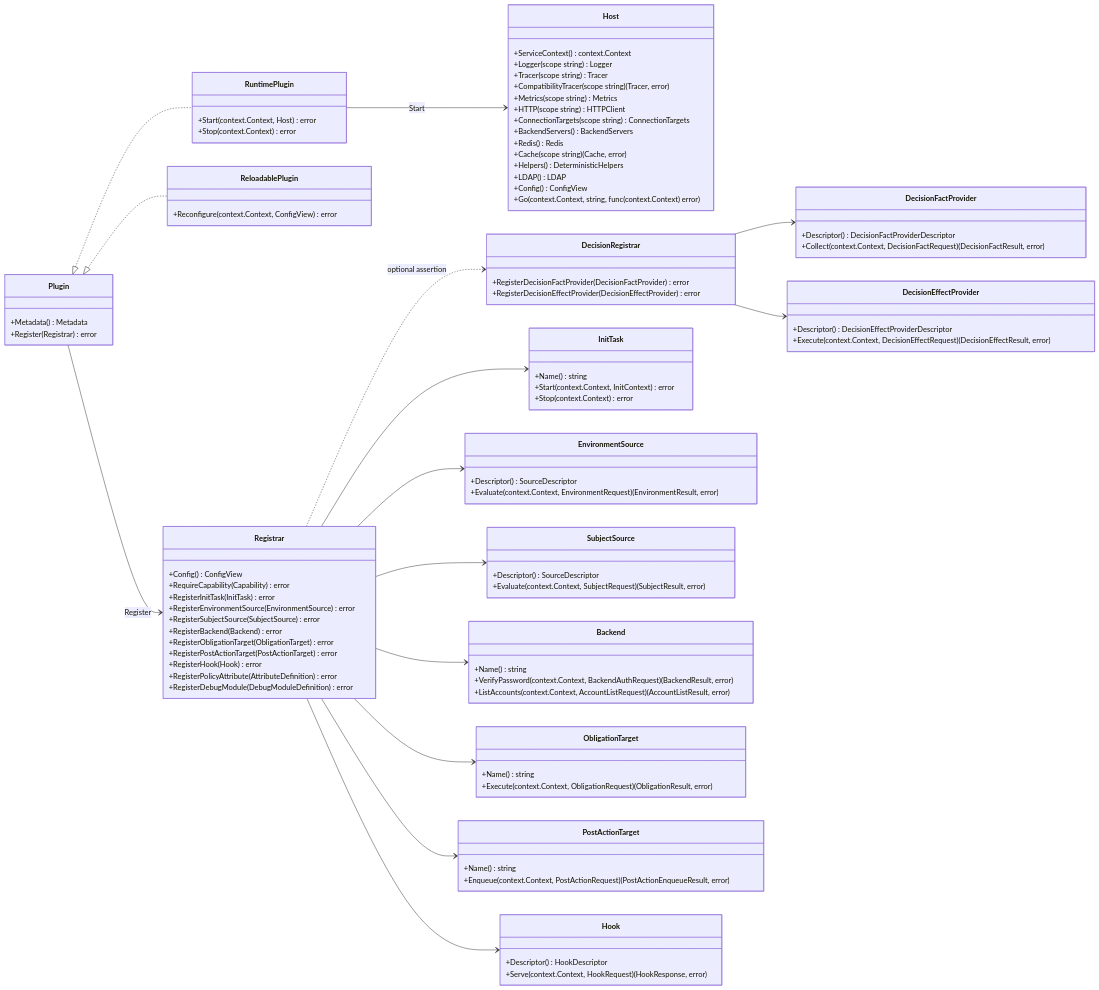
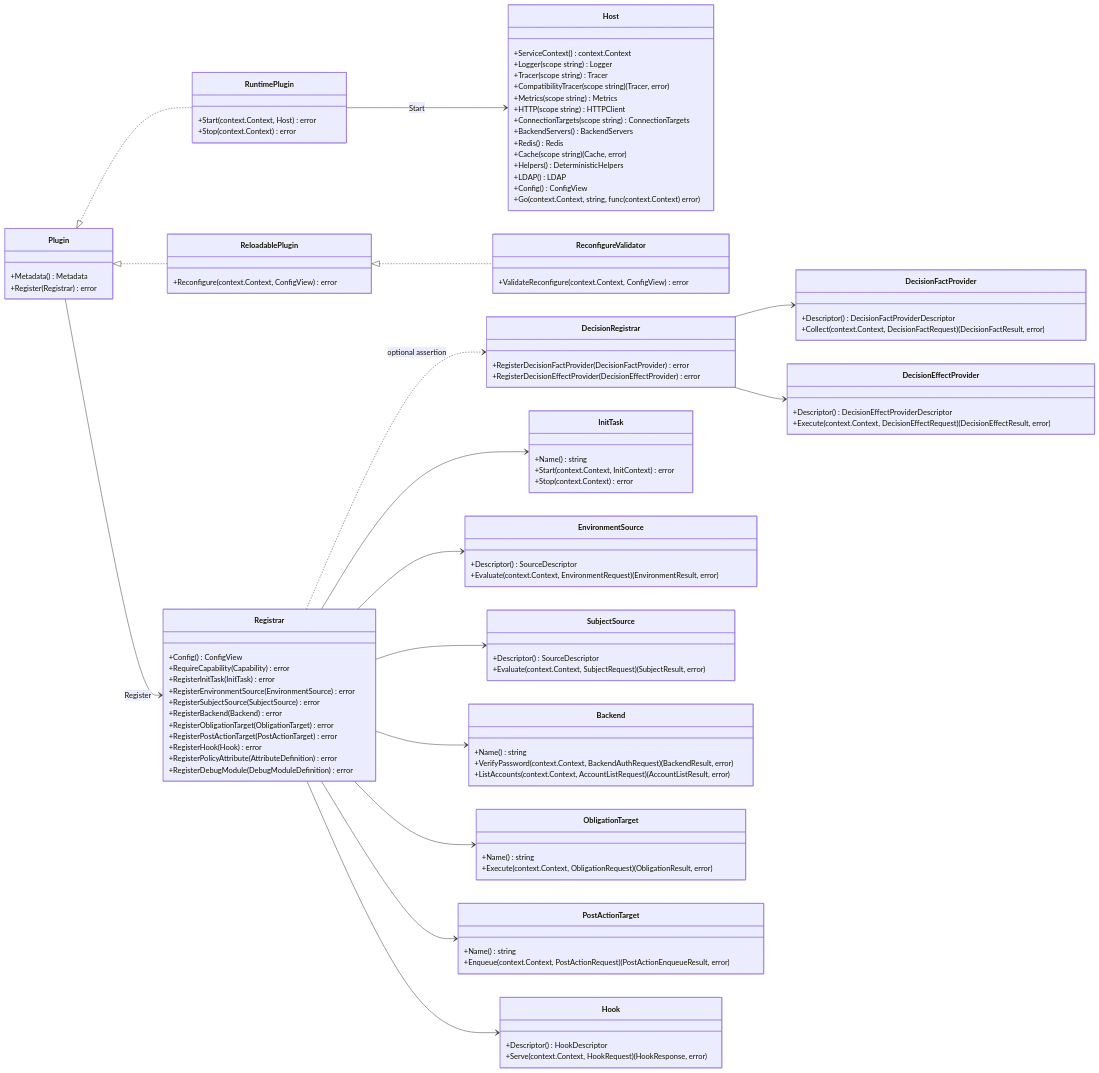
Before and after one commit to croessner/nauthilus: the first of 3 diagrams in server/docs/go_plugin_developer_api.md, drawn with Mermaid. The commit also changed other lines of this file and 17 other files, not shown here.

First line of the commit message:
Add: Apply native plugin config changes on SIGHUP

```diff
--- a/server/docs/go_plugin_developer_api.md
+++ b/server/docs/go_plugin_developer_api.md
@@ -39,6 +39,10 @@
 
     class ReloadablePlugin {
         +Reconfigure(context.Context, ConfigView) error
+    }
+
+    class ReconfigureValidator {
+        +ValidateReconfigure(context.Context, ConfigView) error
     }
 
     class Registrar {
@@ -126,6 +130,7 @@
 
     Plugin <|.. RuntimePlugin
     Plugin <|.. ReloadablePlugin
+    ReloadablePlugin <|.. ReconfigureValidator
     Plugin --> Registrar : Register
     Registrar ..> DecisionRegistrar : optional assertion
     RuntimePlugin --> Host : Start
```
